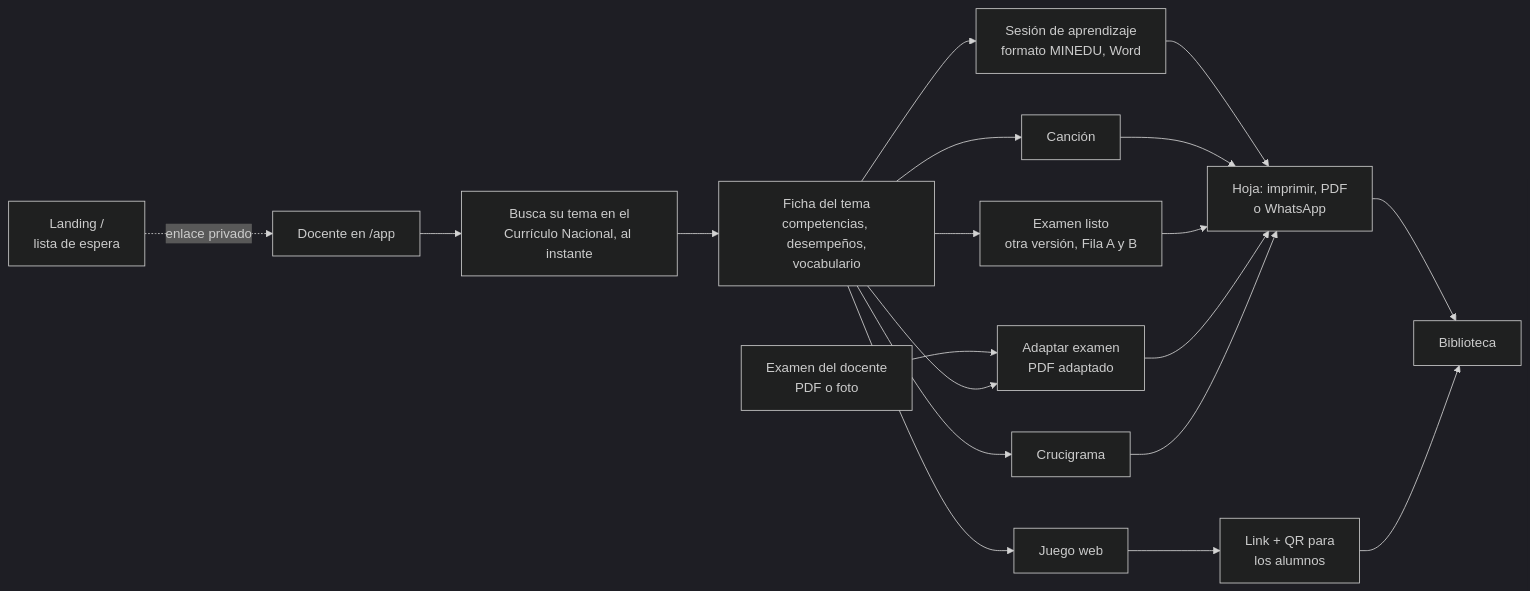
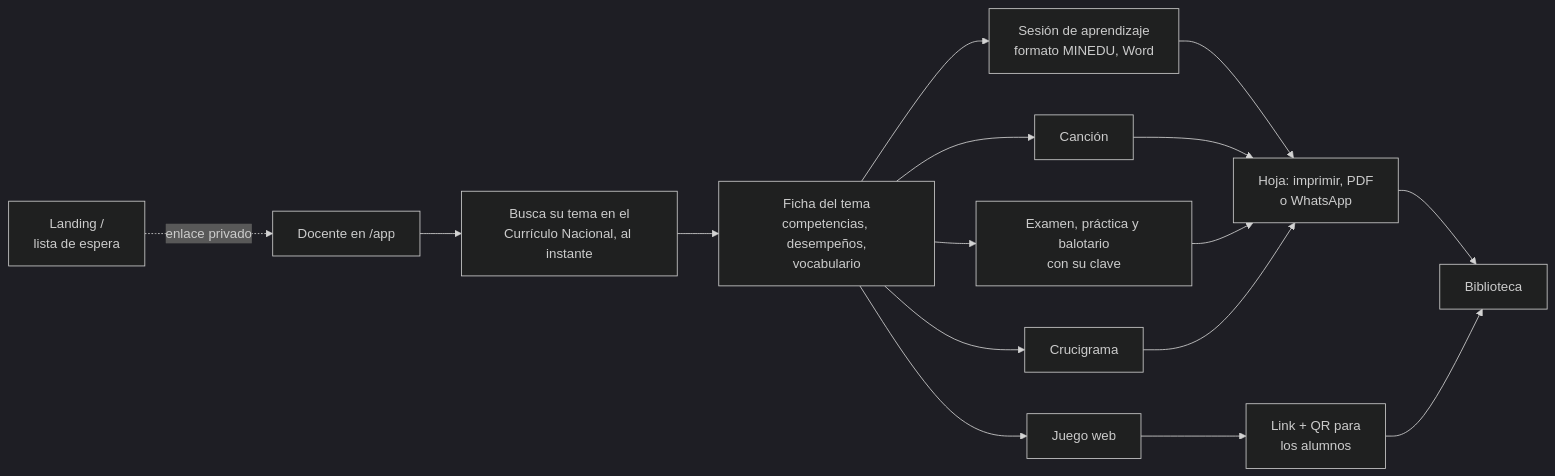
Before and after one commit to Hecze/supermentes: the diagram in obsidian/MAPA.md, drawn with Mermaid (dark theme). The commit also changed other lines of this file and 29 other files, not shown here.

First line of the commit message:
Se quita «Adaptar examen»: nos centramos en generar los materiales

````diff
--- a/obsidian/MAPA.md
+++ b/obsidian/MAPA.md
@@ -12,16 +12,14 @@
 ```mermaid
 flowchart LR
   L[Landing /<br/>lista de espera] -. enlace privado .-> A
   A[Docente en /app] --> T[Busca su tema en el<br/>Currículo Nacional, al instante]
   T --> FI[Ficha del tema<br/>competencias, desempeños,<br/>vocabulario]
   FI --> S[Sesión de aprendizaje<br/>formato MINEDU, Word]
   FI --> C[Canción]
-  FI --> EL[Examen listo<br/>otra versión, Fila A y B]
-  EX[Examen del docente<br/>PDF o foto] --> E[Adaptar examen<br/>PDF adaptado]
-  FI --> E
+  FI --> EL[Examen, práctica y balotario<br/>con su clave]
   FI --> J[Juego web]
   FI --> X[Crucigrama]
-  S & C & EL & E & X --> H[Hoja: imprimir, PDF<br/>o WhatsApp]
+  S & C & EL & X --> H[Hoja: imprimir, PDF<br/>o WhatsApp]
   J --> Q[Link + QR para<br/>los alumnos]
   H & Q --> B[Biblioteca]
 ```
````
